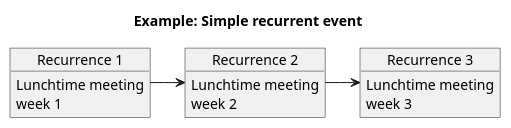
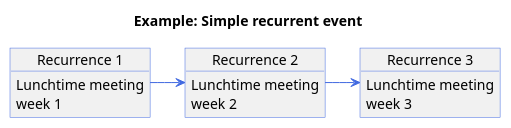
One commit to CalConnect/DEVGUIDE changed the second of 3 diagrams in Recurrences.md. Above: the diagram before and after it, drawn with PlantUML. The commit also changed other lines of this file and 1 other file, not shown here.

Commit message:
- remove plantuml test - change colors for object uml diagrams

```diff
--- a/Recurrences.md
+++ b/Recurrences.md
@@ -69,21 +73,25 @@
 @startuml
+skinparam object {
+ArrowColor RoyalBlue
+BorderColor RoyalBlue
+}
 title Example: Simple recurrent event
 
 object "Recurrence 1" as r1 {
   Lunchtime meeting
   week 1
 }
 
 object "Recurrence 2" as r2 {
   Lunchtime meeting
   week 2
 }
 
 object "Recurrence 3“ as r3 {
   Lunchtime meeting
   week 3
 }
 
 r1 -right-> r2
 r2 -right-> r3 
 @enduml
```
